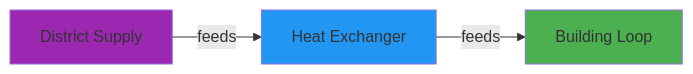
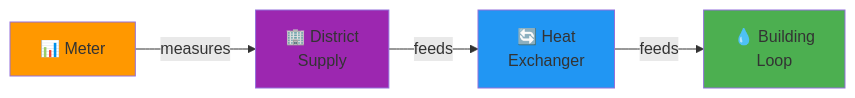
Diagram 12 of 15 in docs/getting-started/understanding-brick.md (CenterForTheBuiltEnvironment/HHW_brick), drawn with Mermaid before and after one commit. The commit also changed other lines of this file and 1 other file, not shown here.

````diff
--- a/docs/getting-started/understanding-brick.md
+++ b/docs/getting-started/understanding-brick.md
@@ -201,9 +541,12 @@
 ```mermaid
 graph LR
-    DS[District Supply] -->|feeds| HX[Heat Exchanger]
-    HX -->|feeds| BL[Building Loop]
+    DS[🏢 District<br/>Supply] -->|feeds| HX[🔄 Heat<br/>Exchanger]
+    HX -->|feeds| BL[💧 Building<br/>Loop]
+
+    M[📊 Meter] -->|measures| DS
 
     style DS fill:#9c27b0
     style HX fill:#2196f3
     style BL fill:#4caf50
+    style M fill:#ff9800
 ```
````
